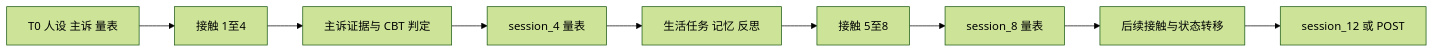
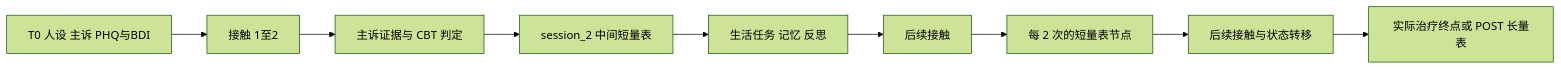
The second of 2 diagrams in docs/town_method/05_results_and_figures.md (MUSE-Lab-SZU/generative_agents), drawn with Mermaid (forest theme) before and after one commit. The commit also changed other lines of this file and 77 other files, not shown here.

````diff
--- a/docs/town_method/05_results_and_figures.md
+++ b/docs/town_method/05_results_and_figures.md
@@ -230,11 +250,11 @@
 ```mermaid
 flowchart LR
-    A[T0 人设 主诉 量表] --> B[接触 1至4]
+    A[T0 人设 主诉 PHQ与BDI] --> B[接触 1至2]
     B --> C[主诉证据与 CBT 判定]
-    C --> D[session_4 量表]
+    C --> D[session_2 中间短量表]
     D --> E[生活任务 记忆 反思]
-    E --> F[接触 5至8]
-    F --> G[session_8 量表]
+    E --> F[后续接触]
+    F --> G[每 2 次的短量表节点]
     G --> H[后续接触与状态转移]
-    H --> I[session_12 或 POST]
+    H --> I[实际治疗终点或 POST 长量表]
 ```
````
